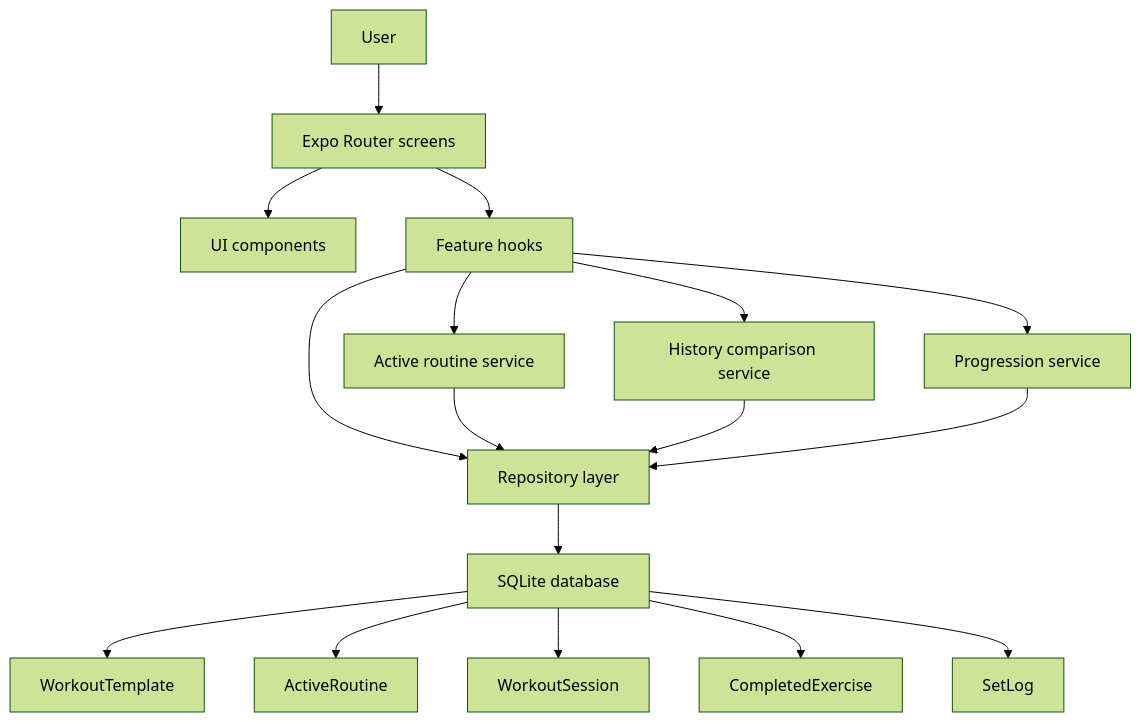
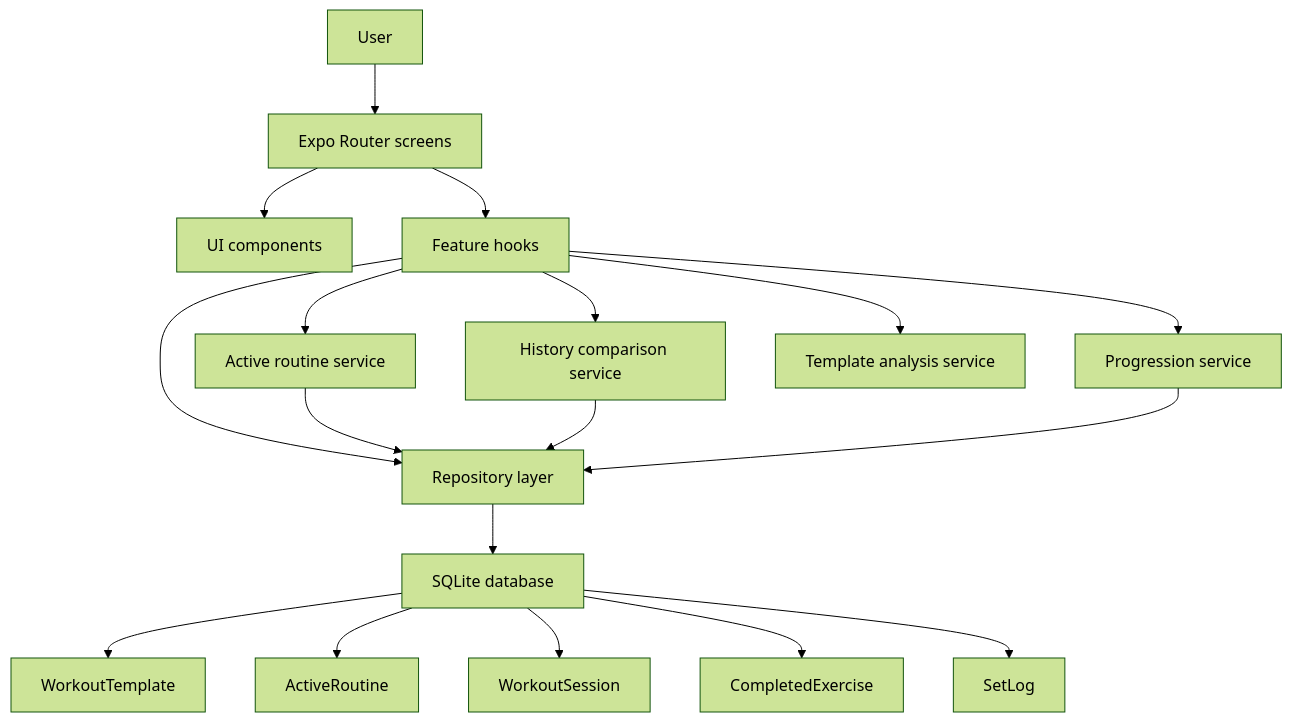
One commit to KadeKorn/Hit-LogV2 changed the diagram in ARCHITECTURE.md. Above: the diagram before and after it, drawn with Mermaid (forest theme). The commit also changed other lines of this file and 8 other files, not shown here.

````diff
--- a/ARCHITECTURE.md
+++ b/ARCHITECTURE.md
@@ -53,19 +54,20 @@
 ```mermaid
 flowchart TD
     User[User] --> Screens[Expo Router screens]
     Screens --> Components[UI components]
     Screens --> Hooks[Feature hooks]
     Hooks --> ActiveRoutineService[Active routine service]
     Hooks --> HistoryService[History comparison service]
     Hooks --> ProgressionService[Progression service]
+    Hooks --> TemplateAnalysisService[Template analysis service]
     Hooks --> Repositories[Repository layer]
     ActiveRoutineService --> Repositories
     HistoryService --> Repositories
     ProgressionService --> Repositories
     Repositories --> SQLite[SQLite database]
     SQLite --> Templates[WorkoutTemplate]
     SQLite --> ActiveRoutine[ActiveRoutine]
     SQLite --> Sessions[WorkoutSession]
     SQLite --> Completed[CompletedExercise]
     SQLite --> Sets[SetLog]
 ```
````
